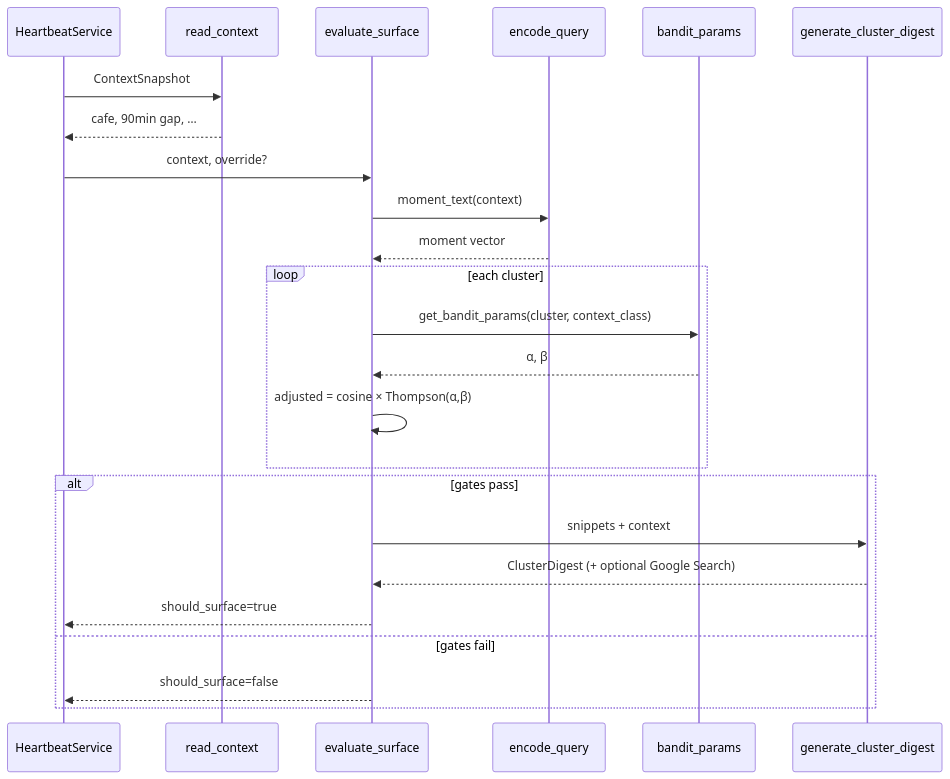
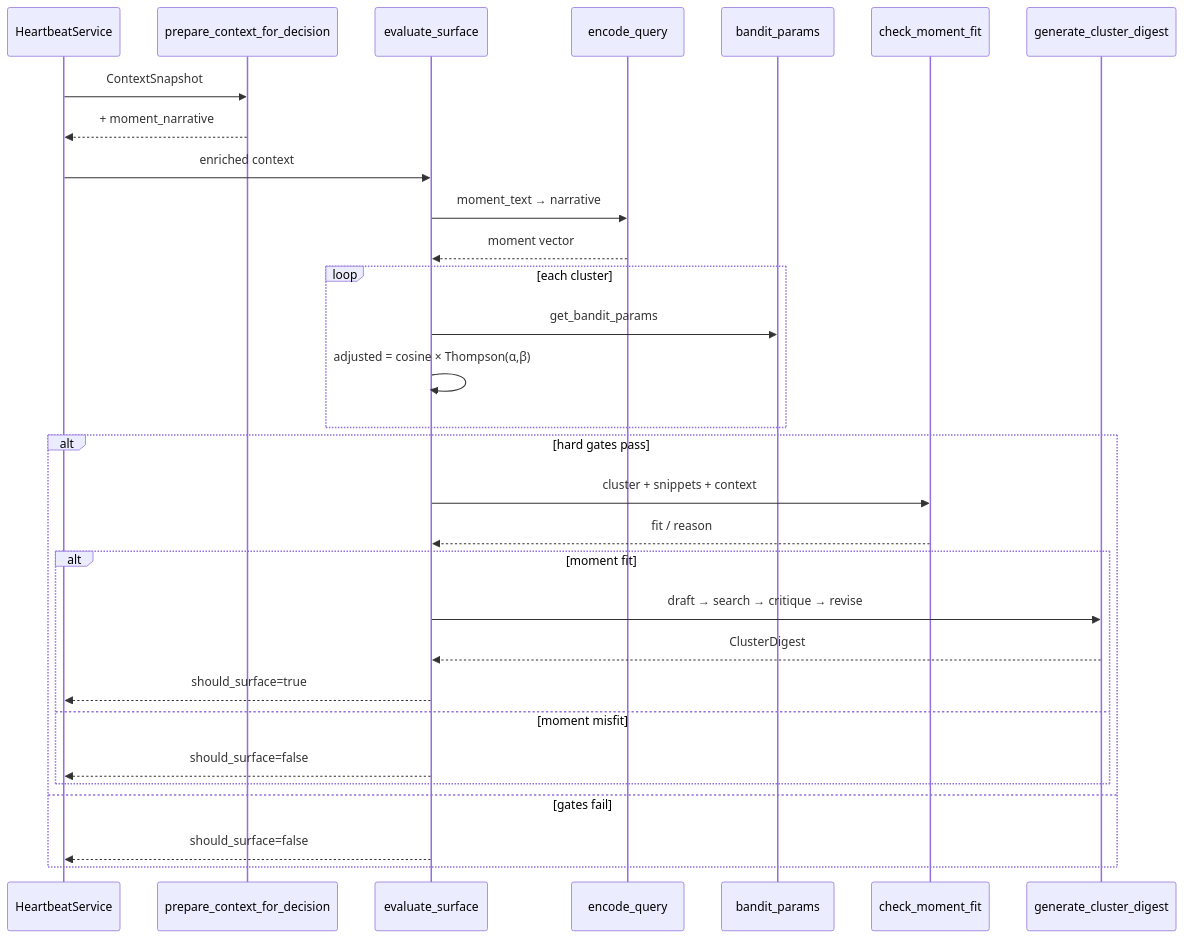
The sixth of 19 diagrams in docs/ARCHITECTURE.md (Sushmey/Kairos), drawn with Mermaid before and after one commit. The commit also changed other lines of this file and 126 other files, not shown here.

````diff
--- a/docs/ARCHITECTURE.md
+++ b/docs/ARCHITECTURE.md
@@ -240,27 +259,33 @@
 ```mermaid
 sequenceDiagram
     participant HS as HeartbeatService
-    participant Ctx as read_context
+    participant Intel as prepare_context_for_decision
     participant Rank as evaluate_surface
     participant Emb as encode_query
     participant Band as bandit_params
+    participant Fit as check_moment_fit
     participant LLM as generate_cluster_digest
 
-    HS->>Ctx: ContextSnapshot
-    Ctx-->>HS: cafe, 90min gap, …
-    HS->>Rank: context, override?
-    Rank->>Emb: moment_text(context)
+    HS->>Intel: ContextSnapshot
+    Intel-->>HS: + moment_narrative
+    HS->>Rank: enriched context
+    Rank->>Emb: moment_text → narrative
     Emb-->>Rank: moment vector
     loop each cluster
-        Rank->>Band: get_bandit_params(cluster, context_class)
-        Band-->>Rank: α, β
+        Rank->>Band: get_bandit_params
         Rank->>Rank: adjusted = cosine × Thompson(α,β)
     end
-    alt gates pass
-        Rank->>LLM: snippets + context
-        LLM-->>Rank: ClusterDigest (+ optional Google Search)
-        Rank-->>HS: should_surface=true
+    alt hard gates pass
+        Rank->>Fit: cluster + snippets + context
+        Fit-->>Rank: fit / reason
+        alt moment fit
+            Rank->>LLM: draft → search → critique → revise
+            LLM-->>Rank: ClusterDigest
+            Rank-->>HS: should_surface=true
+        else moment misfit
+            Rank-->>HS: should_surface=false
+        end
     else gates fail
         Rank-->>HS: should_surface=false
     end
 ```
````
